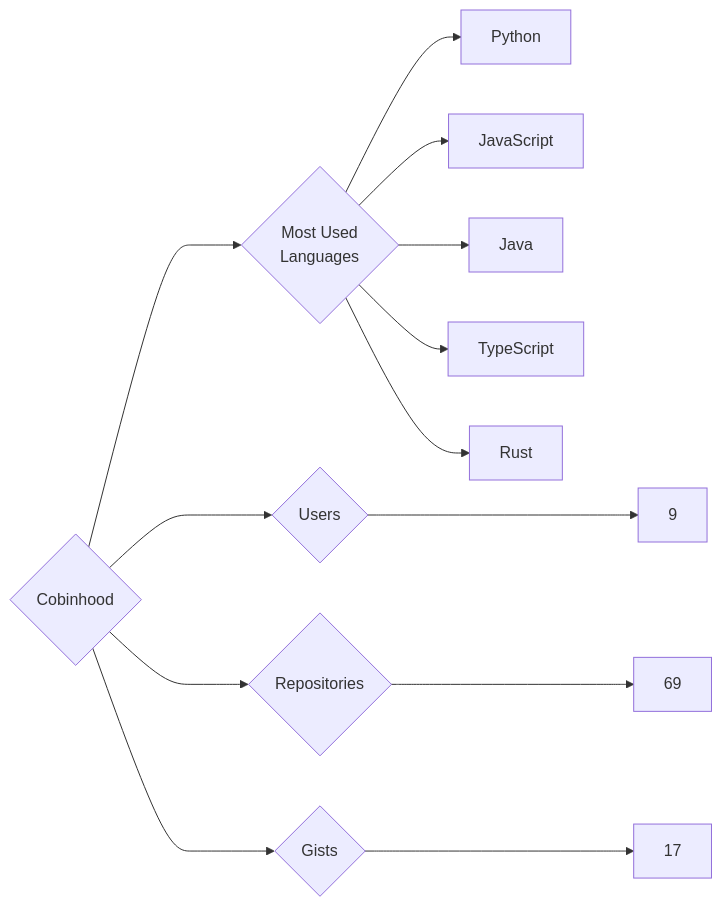
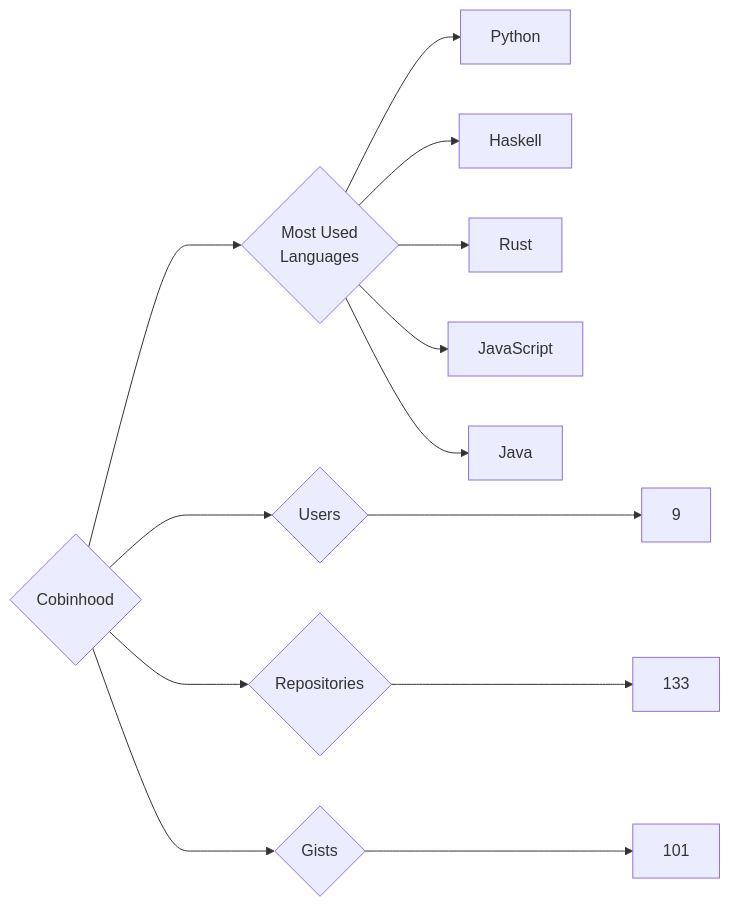
One commit to trickest/insiders changed the diagram in targets/Cobinhood/README.md. Above: the diagram before and after it, drawn with Mermaid. The commit also changed 993 other files, not shown here.

````diff
--- a/targets/Cobinhood/README.md
+++ b/targets/Cobinhood/README.md
@@ -3,13 +3,13 @@
 ```mermaid
 graph LR
 COMPANY_NAME{Cobinhood}
 COMPANY_NAME ---> U{Users} ---> UN[9]
-COMPANY_NAME ---> R{Repositories} ---> RN[69]
-COMPANY_NAME ---> G{Gists} ---> GN[17]
+COMPANY_NAME ---> R{Repositories} ---> RN[133]
+COMPANY_NAME ---> G{Gists} ---> GN[101]
 COMPANY_NAME ---> ML{Most Used<br>Languages}
 ML --> Python[Python]
+ML --> Haskell[Haskell]
+ML --> Rust[Rust]
 ML --> JavaScript[JavaScript]
 ML --> Java[Java]
-ML --> TypeScript[TypeScript]
-ML --> Rust[Rust]
 ```
````
